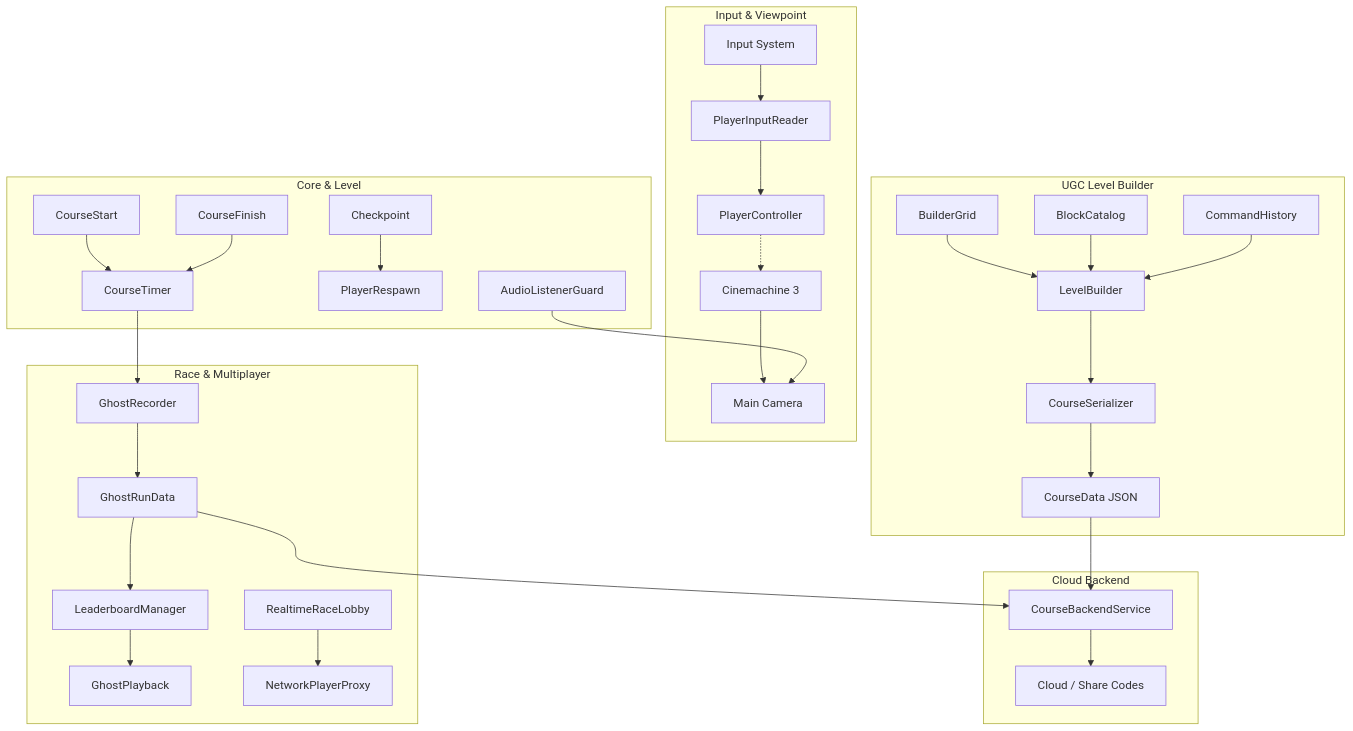
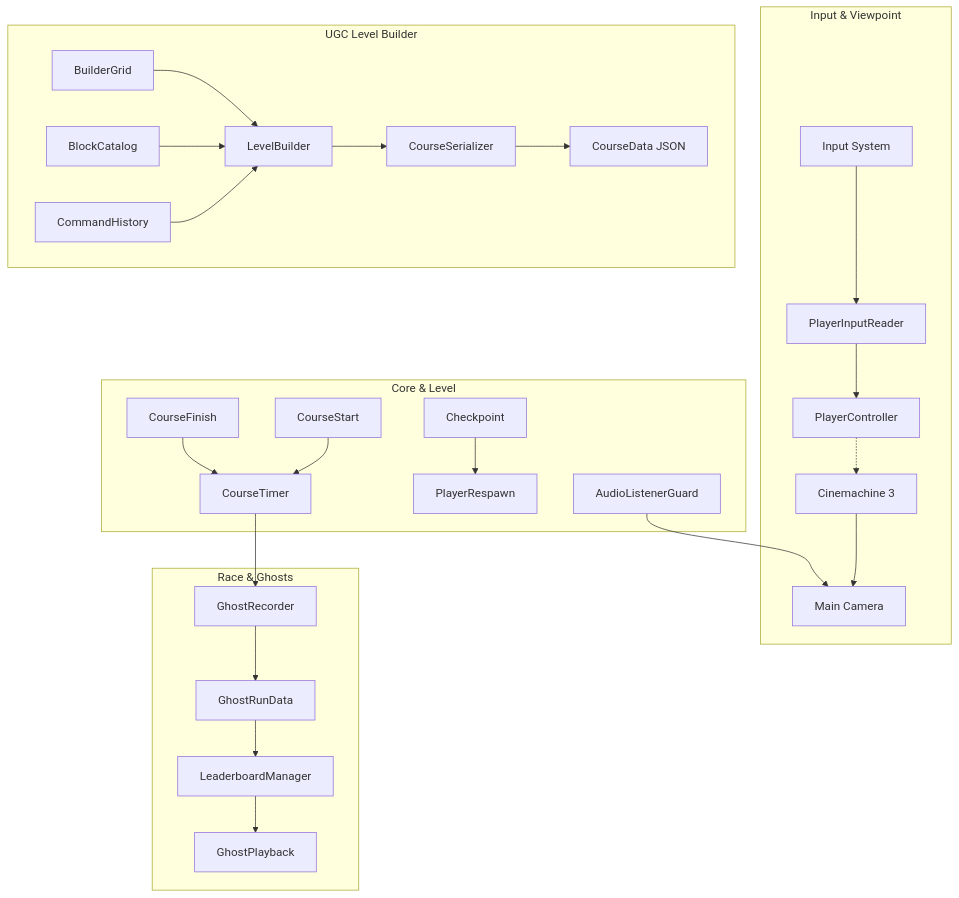
The diagram in README.md (rohanchoudhary5210/BuildAndBounce), drawn with Mermaid before and after one commit. The commit also changed other lines of this file and 1 other file, not shown here.

````diff
--- a/README.md
+++ b/README.md
@@ -25,38 +25,31 @@
 ```mermaid
 graph TD
     subgraph Input & Viewpoint
         A[Input System] --> B[PlayerInputReader]
         B --> C[PlayerController]
         D[Cinemachine 3] --> E[Main Camera]
         C -.-> D
     end
 
     subgraph Core & Level
         F[CourseStart] --> G[CourseTimer]
         H[Checkpoint] --> I[PlayerRespawn]
         J[CourseFinish] --> G
         K[AudioListenerGuard] --> E
     end
 
     subgraph UGC Level Builder
         L[BuilderGrid] --> M[LevelBuilder]
         N[BlockCatalog] --> M
         O[CommandHistory] --> M
         M --> P[CourseSerializer]
         P --> Q[CourseData JSON]
     end
 
-    subgraph Race & Multiplayer
+    subgraph Race & Ghosts
         G --> R[GhostRecorder]
         R --> S[GhostRunData]
         S --> T[LeaderboardManager]
         T --> U[GhostPlayback]
-        V[RealtimeRaceLobby] --> W[NetworkPlayerProxy]
-    end
-
-    subgraph Cloud Backend
-        Q --> X[CourseBackendService]
-        S --> X
-        X --> Y[Cloud / Share Codes]
     end
 ```
````
